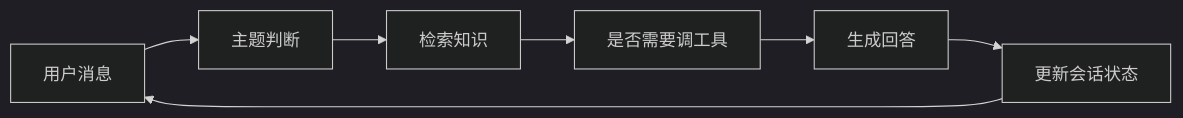
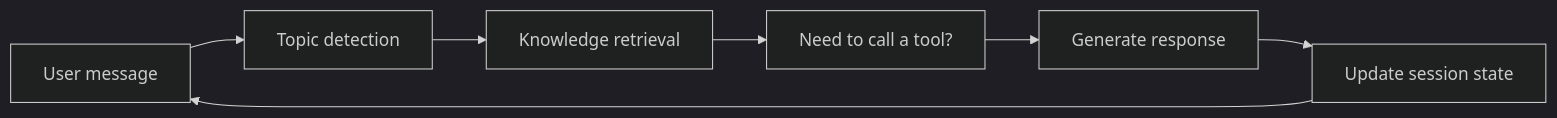
The diagram in docs/ch08-rag/ch05-projects/03-intelligent-assistant.md (oudbiao/AI-fullstack-course), drawn with Mermaid (dark theme) before and after one commit. The commit also changed other lines of this file and 1406 other files, not shown here.

````diff
--- a/docs/ch08-rag/ch05-projects/03-intelligent-assistant.md
+++ b/docs/ch08-rag/ch05-projects/03-intelligent-assistant.md
@@ -66,9 +66,9 @@
 ```mermaid
 flowchart LR
-    A["用户消息"] --> B["主题判断"]
-    B --> C["检索知识"]
-    C --> D["是否需要调工具"]
-    D --> E["生成回答"]
-    E --> F["更新会话状态"]
+    A["User message"] --> B["Topic detection"]
+    B --> C["Knowledge retrieval"]
+    C --> D["Need to call a tool?"]
+    D --> E["Generate response"]
+    E --> F["Update session state"]
     F --> A
 ```
````
